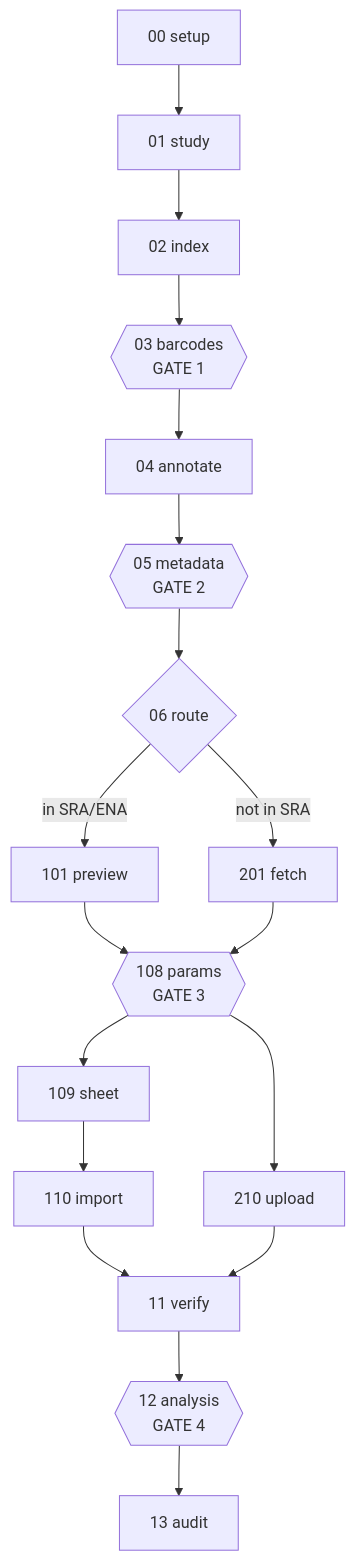
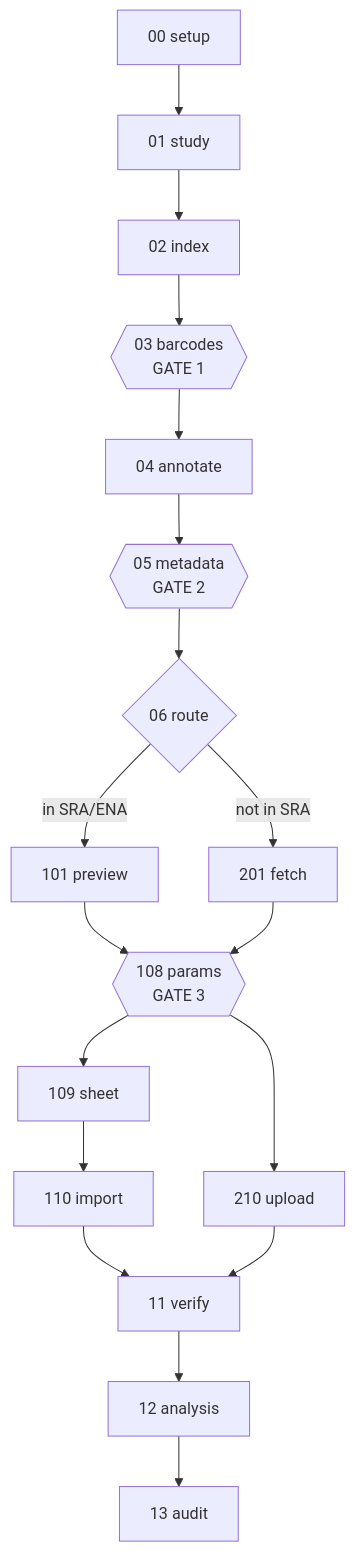
One commit to Chromojones/ClawBio changed the diagram in skills/flow-compile/SKILL.md. Above: the diagram before and after it, drawn with Mermaid. The commit also changed other lines of this file and 6 other files, not shown here.

````diff
--- a/skills/flow-compile/SKILL.md
+++ b/skills/flow-compile/SKILL.md
@@ -137,12 +137,12 @@
 ```mermaid
 flowchart TD
     S00[00 setup] --> S01[01 study] --> S02[02 index] --> S03{{03 barcodes<br/>GATE 1}}
     S03 --> S04[04 annotate] --> S05{{05 metadata<br/>GATE 2}} --> S06{06 route}
     S06 -->|in SRA/ENA| D101[101 preview]
     S06 -->|not in SRA| L201[201 fetch]
     D101 --> P108{{108 params<br/>GATE 3}}
     L201 --> P108
     P108 --> D109[109 sheet] --> D110[110 import] --> V11[11 verify]
     P108 --> L210[210 upload] --> V11
-    V11 --> A12{{12 analysis<br/>GATE 4}} --> A13[13 audit]
+    V11 --> A12[12 analysis] --> A13[13 audit]
 ```
````
